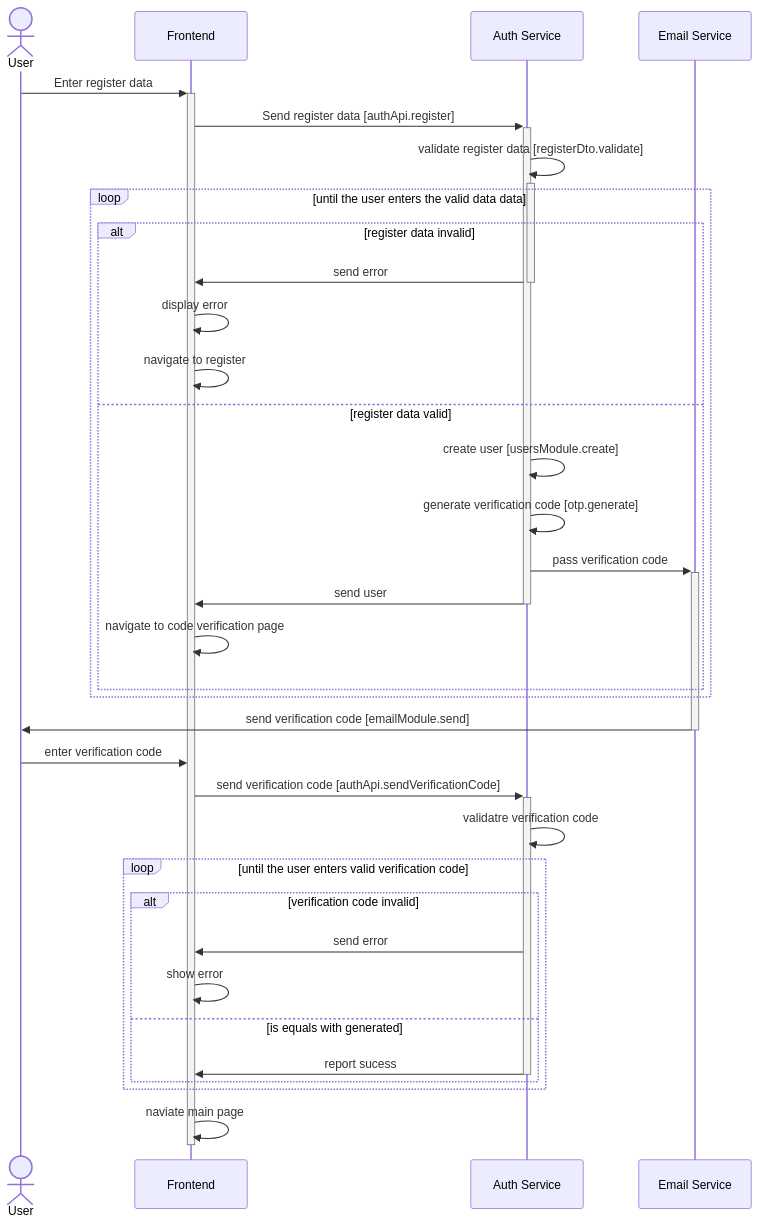
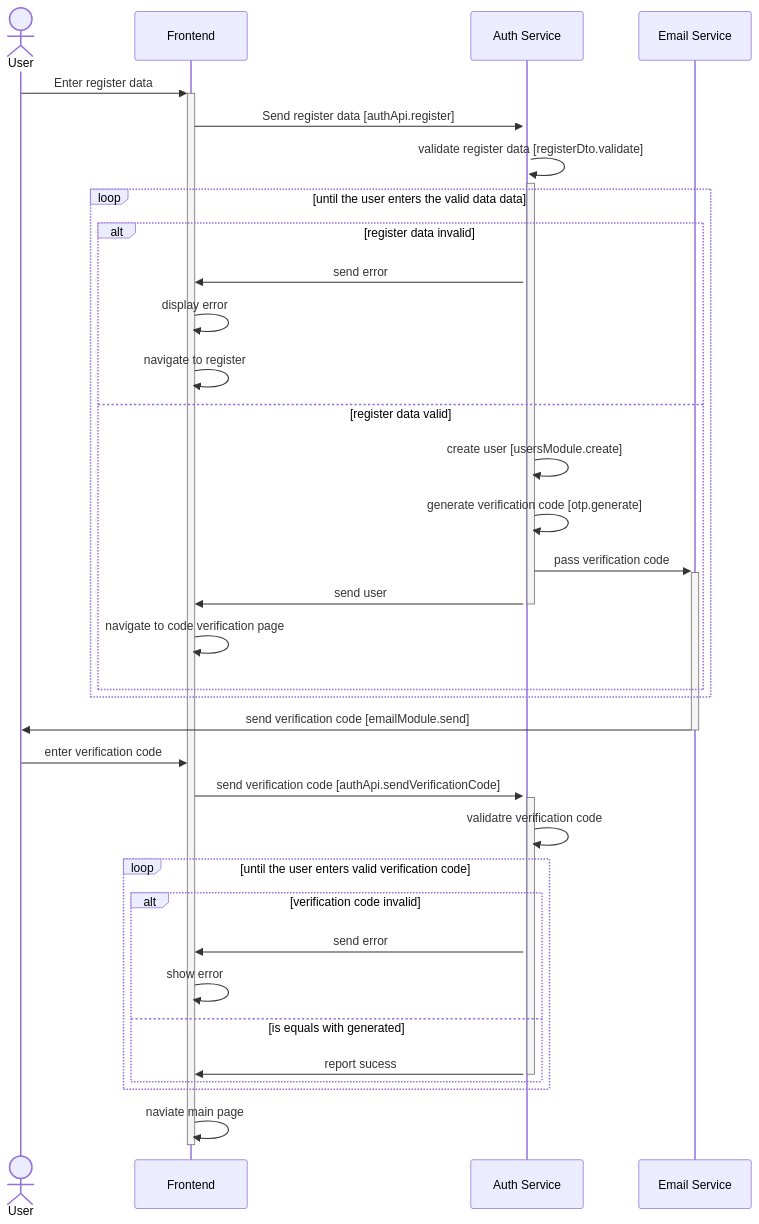
The diagram in lab3/declarative/main.mmd (Hyperlivus/KPI-Labs), drawn with Mermaid before and after one commit. The commit also changed 1 other file, not shown here.

```diff
--- a/lab3/declarative/main.mmd
+++ b/lab3/declarative/main.mmd
@@ -1,41 +1,41 @@
 sequenceDiagram
     actor user as User
     participant frontend as Frontend
     participant auth as Auth Service
     participant email as Email Service
 
 
     user ->>+ frontend: Enter register data
     frontend ->>+ auth: Send register data [authApi.register]
     auth ->>+ auth: validate register data [registerDto.validate]
 
     loop until the user enters the valid data data  
     alt register data invalid
-        auth ->>- frontend: send error
+        auth ->> frontend: send error
         frontend ->> frontend: display error
         frontend ->> frontend: navigate to register
     else register data valid
         auth ->> auth: create user [usersModule.create]
             auth ->> auth: generate verification code [otp.generate]
             auth ->>+ email: pass verification code
             auth ->>- frontend: send user
             frontend ->> frontend: navigate to code verification page
     end
     end
 
     email->>- user: send verification code [emailModule.send]
 
     user ->> frontend: enter verification code
     frontend ->>+ auth: send verification code [authApi.sendVerificationCode]
 
     auth ->> auth: validatre verification code
 
     loop until the user enters valid verification code
     alt verification code invalid
         auth ->> frontend: send error
         frontend ->> frontend: show error
     else is equals with generated
         auth ->>- frontend: report sucess
     end
     end
     frontend ->>- frontend: naviate main page
```
